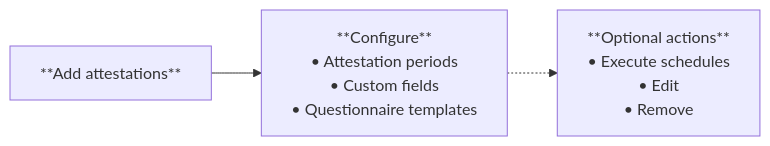
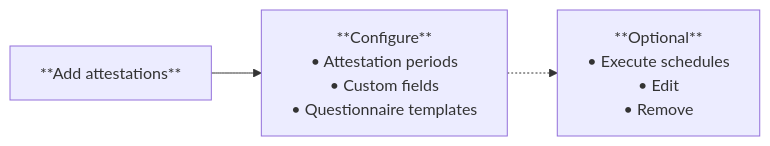
One commit to validmind/documentation changed the diagram in site/guide/attestation/set-up-attestations.qmd. Above: the diagram before and after it, drawn with Mermaid. The commit also changed other lines of this file, not shown here.

````diff
--- a/site/guide/attestation/set-up-attestations.qmd
+++ b/site/guide/attestation/set-up-attestations.qmd
@@ -10,11 +10,11 @@
 ```{mermaid}
 flowchart LR
     A["**Add attestations**"] --> B["**Configure**<br>• Attestation periods<br>• Custom fields<br>• Questionnaire templates"]
     
-    O["**Optional actions**<br>• Execute schedules<br>• Edit<br>• Remove"]
+    O["**Optional**<br>• Execute schedules<br>• Edit<br>• Remove"]
     B -.-> O
     
     click A "#add-attestations" "Go to Add attestations section"
     click B "#configure-attestations" "Go to Configure attestations section"
     click O "#execute-attestation-schedules" "Go to Execute attestation schedules section"
 ```
````
